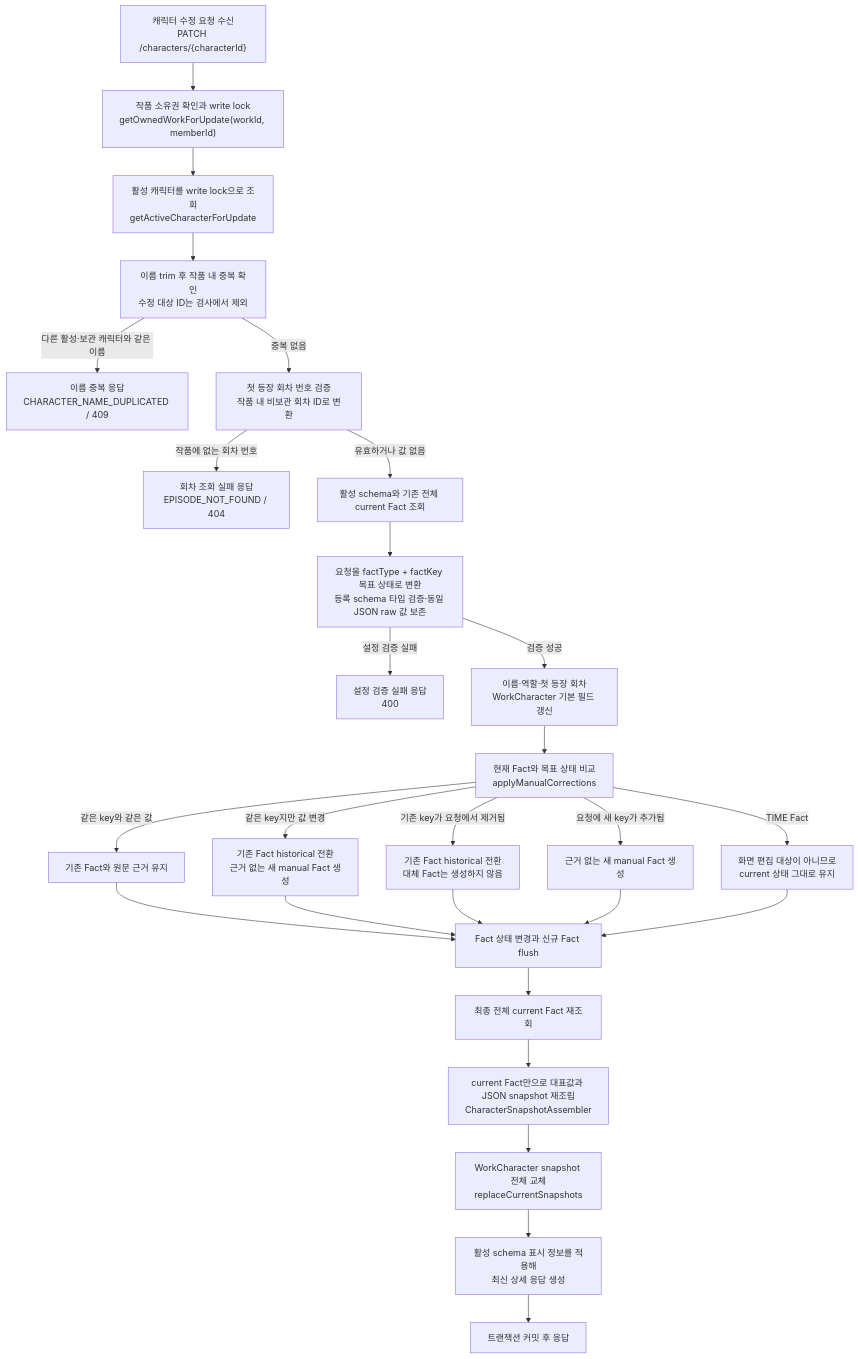
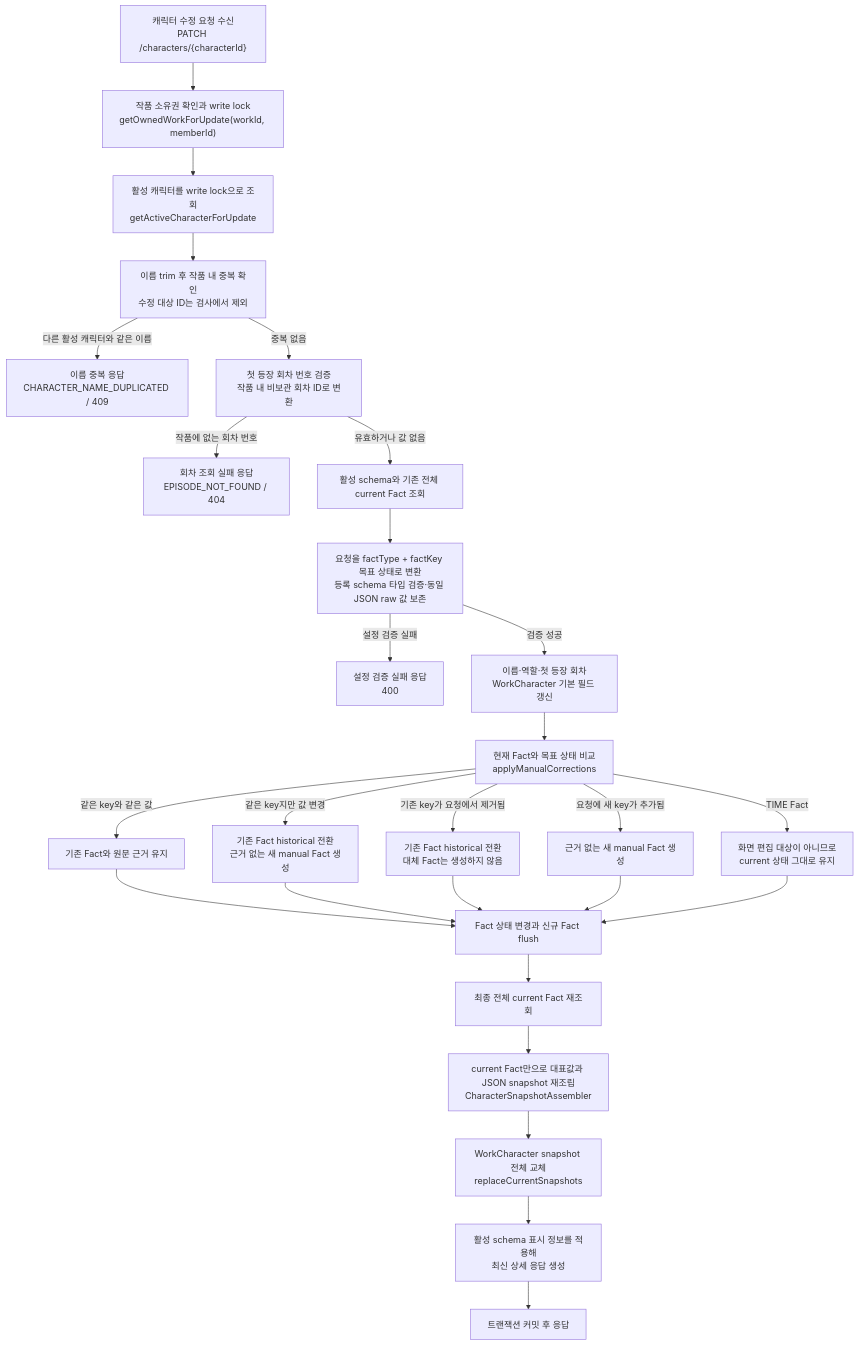
The first of 8 diagrams in docs/character.md (catchhole-soma/catchhole-backend-java), drawn with Mermaid before and after one commit. The commit also changed other lines of this file and 13 other files, not shown here.

````diff
--- a/docs/character.md
+++ b/docs/character.md
@@ -533,31 +535,31 @@
 ```mermaid
 flowchart TD
     A["캐릭터 수정 요청 수신<br/>PATCH /characters/{characterId}"] --> B["작품 소유권 확인과 write lock<br/>getOwnedWorkForUpdate(workId, memberId)"]
     B --> C["활성 캐릭터를 write lock으로 조회<br/>getActiveCharacterForUpdate"]
     C --> D["이름 trim 후 작품 내 중복 확인<br/>수정 대상 ID는 검사에서 제외"]
-    D -->|"다른 활성·보관 캐릭터와 같은 이름"| X1["이름 중복 응답<br/>CHARACTER_NAME_DUPLICATED / 409"]
+    D -->|"다른 활성 캐릭터와 같은 이름"| X1["이름 중복 응답<br/>CHARACTER_NAME_DUPLICATED / 409"]
     D -->|"중복 없음"| E["첫 등장 회차 번호 검증<br/>작품 내 비보관 회차 ID로 변환"]
     E -->|"작품에 없는 회차 번호"| X2["회차 조회 실패 응답<br/>EPISODE_NOT_FOUND / 404"]
     E -->|"유효하거나 값 없음"| F["활성 schema와 기존 전체 current Fact 조회"]
     F --> G["요청을 factType + factKey 목표 상태로 변환<br/>등록 schema 타입 검증·동일 JSON raw 값 보존"]
     G -->|"설정 검증 실패"| X3["설정 검증 실패 응답<br/>400"]
     G -->|"검증 성공"| H["이름·역할·첫 등장 회차<br/>WorkCharacter 기본 필드 갱신"]
     H --> I["현재 Fact와 목표 상태 비교<br/>applyManualCorrections"]
 
     I -->|"같은 key와 같은 값"| I1["기존 Fact와 원문 근거 유지"]
     I -->|"같은 key지만 값 변경"| I2["기존 Fact historical 전환<br/>근거 없는 새 manual Fact 생성"]
     I -->|"기존 key가 요청에서 제거됨"| I3["기존 Fact historical 전환<br/>대체 Fact는 생성하지 않음"]
     I -->|"요청에 새 key가 추가됨"| I4["근거 없는 새 manual Fact 생성"]
     I -->|"TIME Fact"| I5["화면 편집 대상이 아니므로<br/>current 상태 그대로 유지"]
 
     I1 --> J["Fact 상태 변경과 신규 Fact flush"]
     I2 --> J
     I3 --> J
     I4 --> J
     I5 --> J
     J --> K["최종 전체 current Fact 재조회"]
     K --> L["current Fact만으로 대표값과 JSON snapshot 재조립<br/>CharacterSnapshotAssembler"]
     L --> M["WorkCharacter snapshot 전체 교체<br/>replaceCurrentSnapshots"]
     M --> N["활성 schema 표시 정보를 적용해<br/>최신 상세 응답 생성"]
     N --> O["트랜잭션 커밋 후 응답"]
 ```
````
